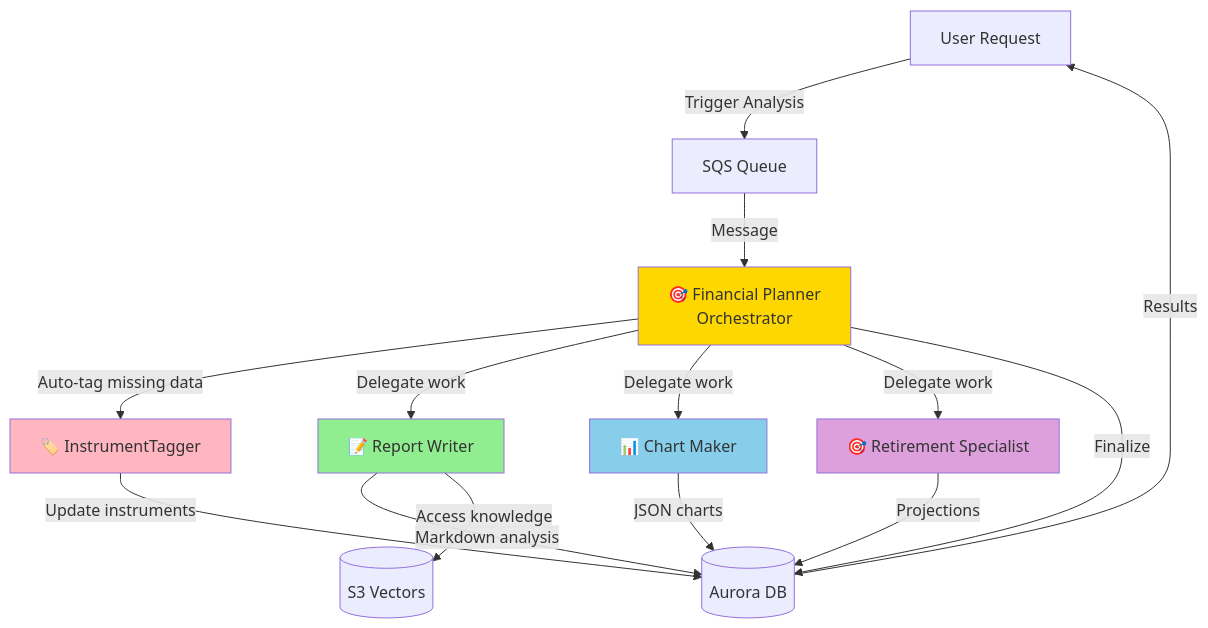
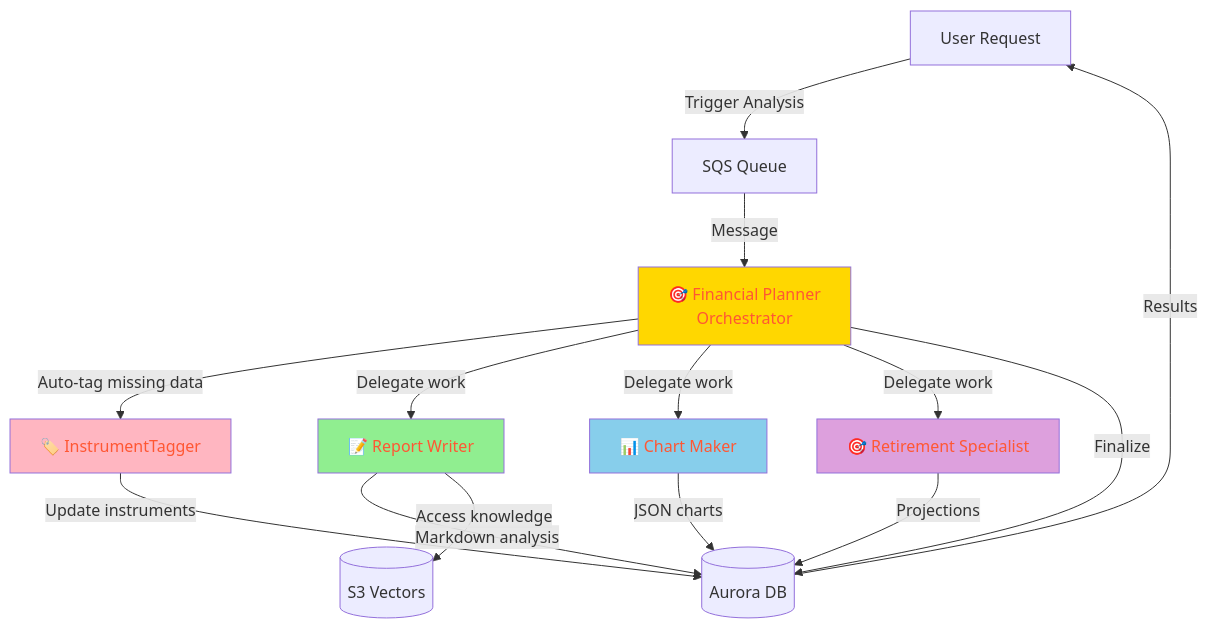
The diagram in guides/6_agents.md (bholasek2010/python-multiagent_saas_planner), drawn with Mermaid before and after one commit. The commit also changed 19 other files, not shown here.

````diff
--- a/guides/6_agents.md
+++ b/guides/6_agents.md
@@ -25,27 +25,27 @@
 ```mermaid
 graph TB
     User[User Request] -->|Trigger Analysis| SQS[SQS Queue]
     SQS -->|Message| Planner[🎯 Financial Planner<br/>Orchestrator]
     
     Planner -->|Auto-tag missing data| Tagger[🏷️ InstrumentTagger]
     Tagger -->|Update instruments| DB[(Aurora DB)]
     
     Planner -->|Delegate work| Reporter[📝 Report Writer]
     Planner -->|Delegate work| Charter[📊 Chart Maker]
     Planner -->|Delegate work| Retirement[🎯 Retirement Specialist]
     
     Reporter -->|Markdown analysis| DB
     Charter -->|JSON charts| DB
     Retirement -->|Projections| DB
     
     Reporter -->|Access knowledge| S3V[(S3 Vectors)]
     
     Planner -->|Finalize| DB
     DB -->|Results| User
     
-    style Planner fill:#FFD700
-    style Reporter fill:#90EE90
-    style Charter fill:#87CEEB
-    style Retirement fill:#DDA0DD
-    style Tagger fill:#FFB6C1
+    style Planner fill:#FFD700, color:#FF5733
+    style Reporter fill:#90EE90, color:#FF5733
+    style Charter fill:#87CEEB, color:#FF5733
+    style Retirement fill:#DDA0DD, color:#FF5733
+    style Tagger fill:#FFB6C1, color:#FF5733
 ```
````
